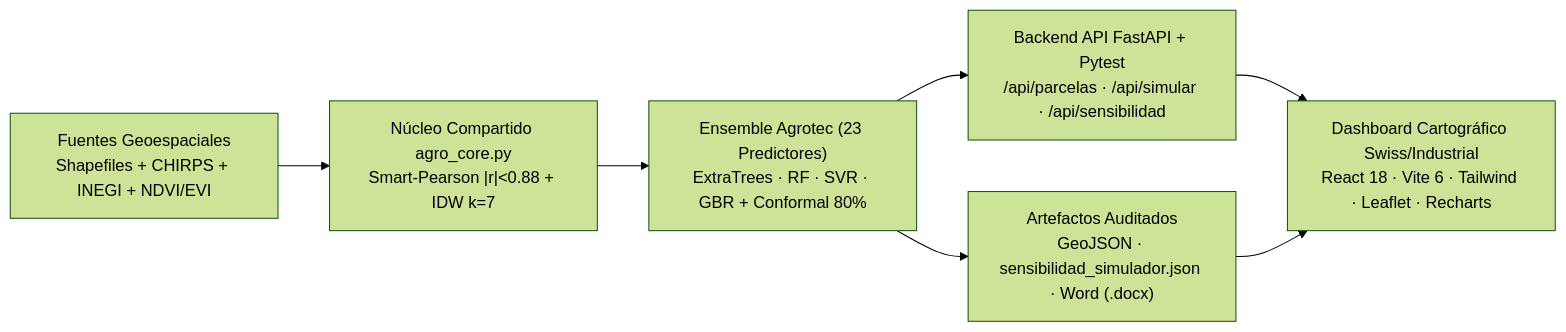
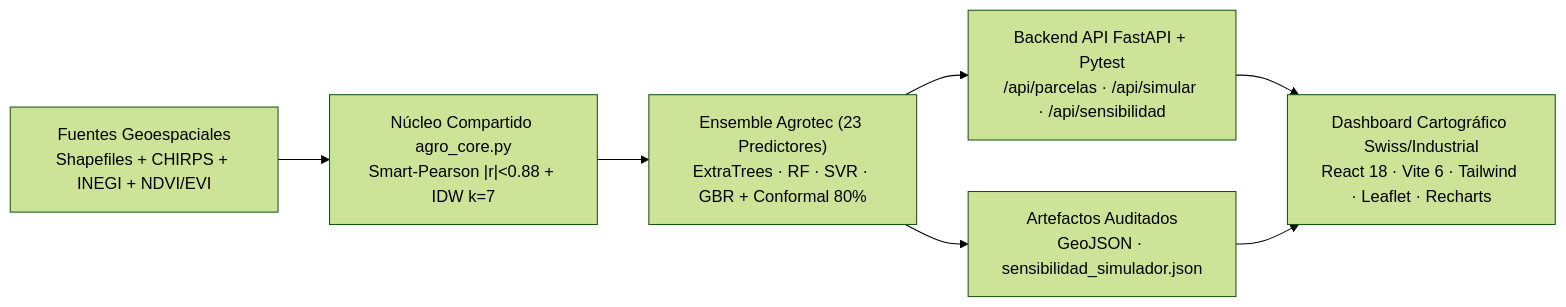
The diagram in README.md (GalekTato/Agrotec-Amanteca), drawn with Mermaid (forest theme) before and after one commit. The commit also changed other lines of this file and 12 other files, not shown here.

````diff
--- a/README.md
+++ b/README.md
@@ -91,9 +88,9 @@
 ```mermaid
 flowchart LR
     A["Fuentes Geoespaciales<br/>Shapefiles + CHIRPS + INEGI + NDVI/EVI"] --> B["Núcleo Compartido agro_core.py<br/>Smart-Pearson |r|<0.88 + IDW k=7"]
     B --> C["Ensemble Agrotec (23 Predictores)<br/>ExtraTrees · RF · SVR · GBR + Conformal 80%"]
     C --> D["Backend API FastAPI + Pytest<br/>/api/parcelas · /api/simular · /api/sensibilidad"]
-    C --> E["Artefactos Auditados<br/>GeoJSON · sensibilidad_simulador.json · Word (.docx)"]
+    C --> E["Artefactos Auditados<br/>GeoJSON · sensibilidad_simulador.json"]
     D --> F["Dashboard Cartográfico Swiss/Industrial<br/>React 18 · Vite 6 · Tailwind · Leaflet · Recharts"]
     E --> F
 ```
````
